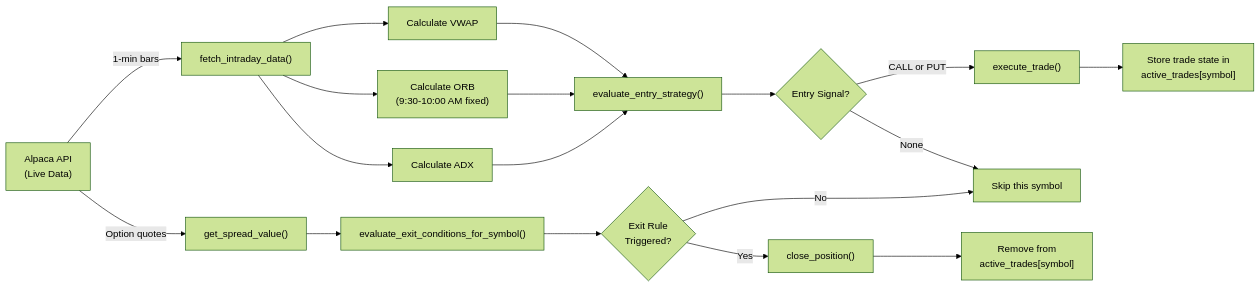
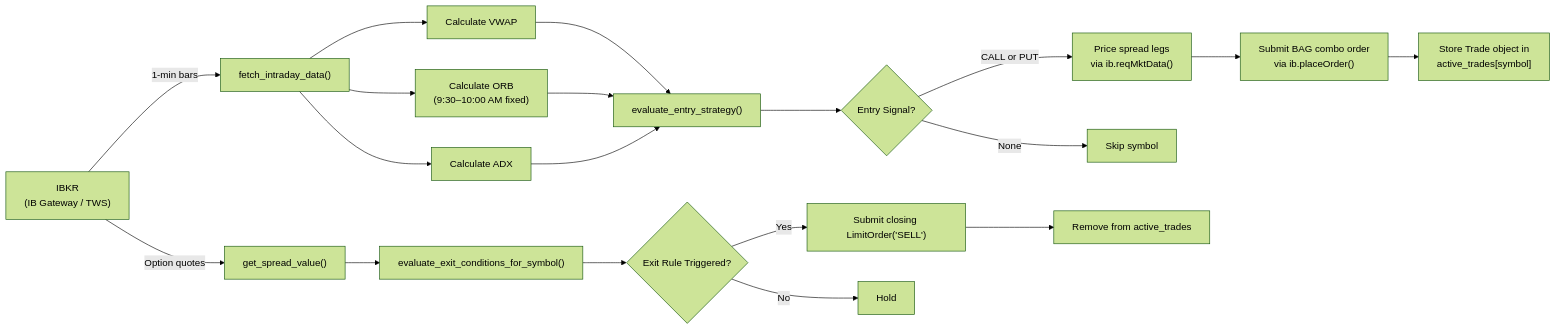
Before and after one commit to rakeshnemani/0dte: the third of 3 diagrams in docs/HOW_IT_WORKS.md, drawn with Mermaid (forest theme). The commit also changed other lines of this file and 5 other files, not shown here.

````diff
--- a/docs/HOW_IT_WORKS.md
+++ b/docs/HOW_IT_WORKS.md
@@ -171,24 +220,25 @@
 ```mermaid
 graph LR
-    Alpaca["Alpaca API<br/>(Live Data)"] -->|1-min bars| Fetch["fetch_intraday_data()"]
+    IBKR["IBKR<br/>(IB Gateway / TWS)"] -->|1-min bars| Fetch["fetch_intraday_data()"]
     Fetch --> VWAP["Calculate VWAP"]
-    Fetch --> ORB["Calculate ORB<br/>(9:30-10:00 AM fixed)"]
+    Fetch --> ORB["Calculate ORB<br/>(9:30–10:00 AM fixed)"]
     Fetch --> ADX["Calculate ADX"]
-    
+
     VWAP --> Eval["evaluate_entry_strategy()"]
     ORB --> Eval
     ADX --> Eval
-    
+
     Eval --> Signal{"Entry Signal?"}
-    Signal -->|CALL or PUT| Execute["execute_trade()"]
-    Signal -->|None| Hold["Skip this symbol"]
-    
-    Execute --> Store["Store trade state in<br/>active_trades[symbol]"]
-    
-    Alpaca -->|Option quotes| Monitor["get_spread_value()"]
+    Signal -->|CALL or PUT| Price["Price spread legs<br/>via ib.reqMktData()"]
+    Signal -->|None| Skip["Skip symbol"]
+
+    Price --> Execute["Submit BAG combo order<br/>via ib.placeOrder()"]
+    Execute --> Store["Store Trade object in<br/>active_trades[symbol]"]
+
+    IBKR -->|Option quotes| Monitor["get_spread_value()"]
     Monitor --> Check["evaluate_exit_conditions_for_symbol()"]
-    Check --> Rules{"Exit Rule<br/>Triggered?"}
-    Rules -->|Yes| Close["close_position()"]
-    Close --> Remove["Remove from<br/>active_trades[symbol]"]
+    Check --> Rules{"Exit Rule Triggered?"}
+    Rules -->|Yes| Close["Submit closing LimitOrder('SELL')"]
+    Close --> Remove["Remove from active_trades"]
     Rules -->|No| Hold
 ```
````
